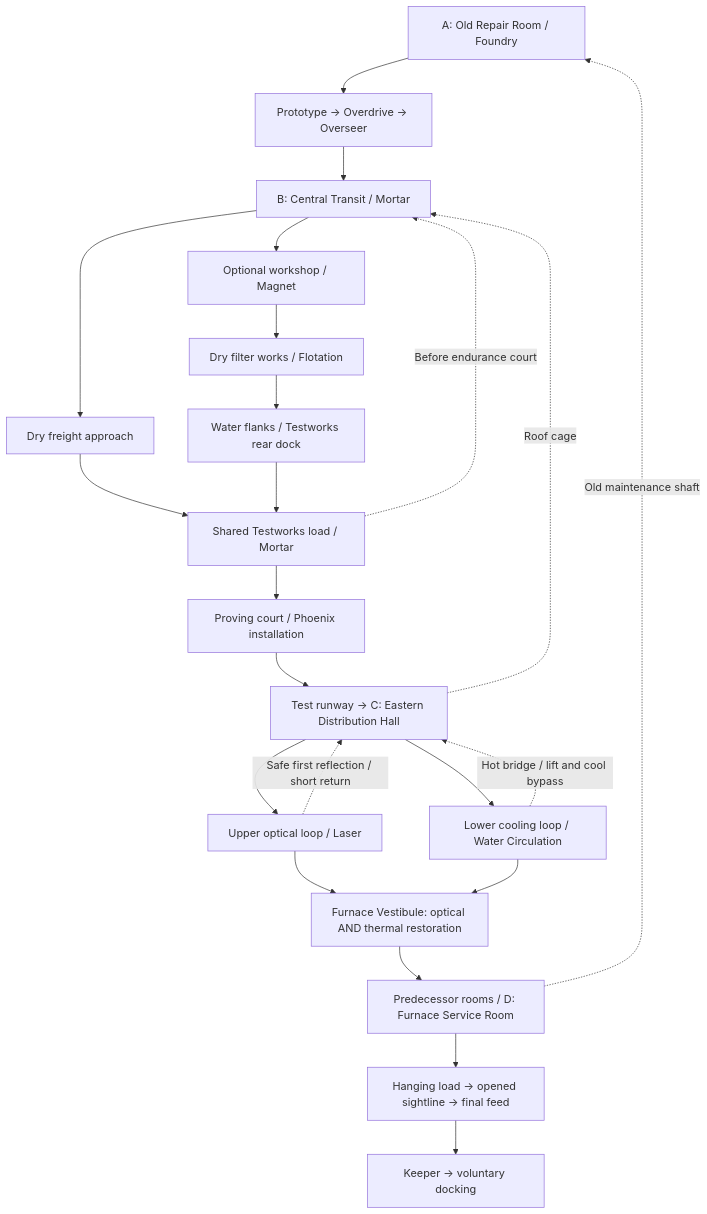
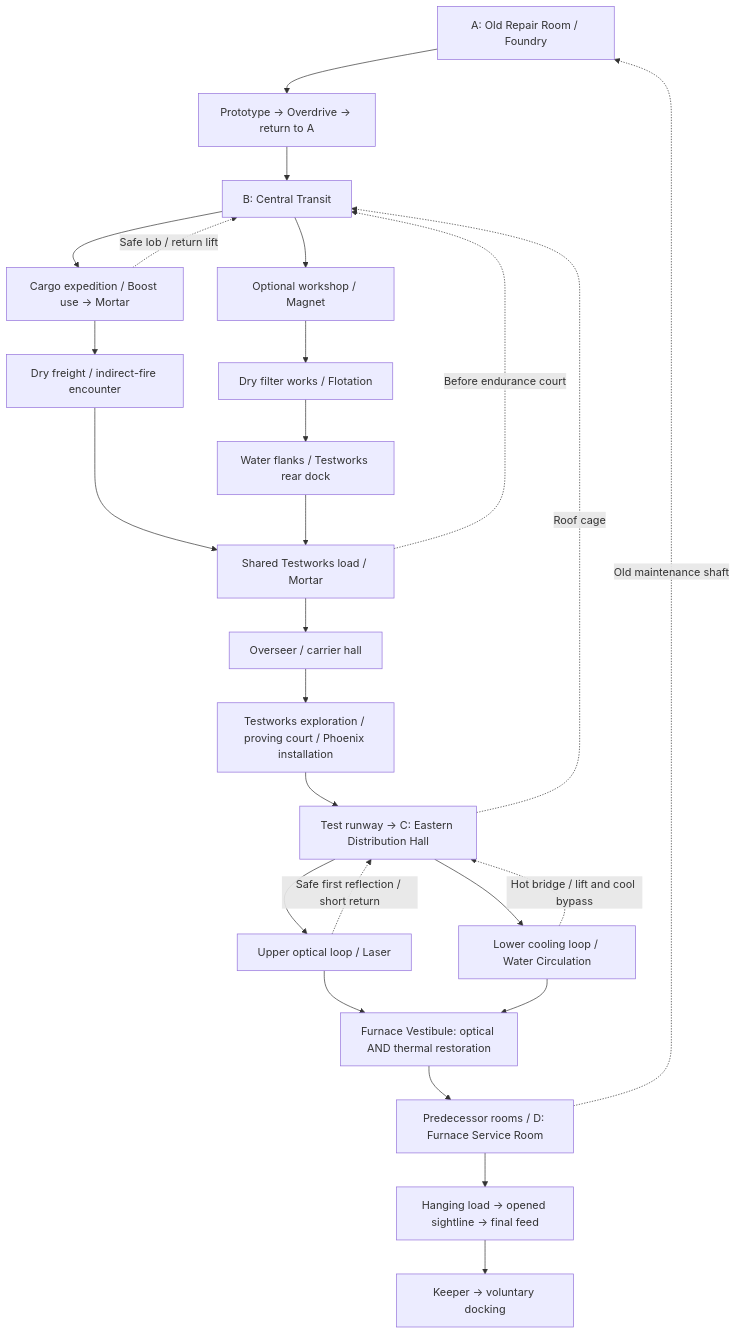
Before and after one commit to Milky2018/tankle-adventure-astra: the first of 2 diagrams in Gamespec.md, drawn with Mermaid. The commit also changed other lines of this file and 30 other files, not shown here.

````diff
--- a/Gamespec.md
+++ b/Gamespec.md
@@ -359,25 +359,28 @@
 ```mermaid
 flowchart TD
-    A["A: Old Repair Room / Foundry"] --> O["Prototype → Overdrive → Overseer"]
-    O --> B["B: Central Transit / Mortar"]
-    B --> DR["Dry freight approach"]
+    A["A: Old Repair Room / Foundry"] --> O["Prototype → Overdrive → return to A"]
+    O --> B["B: Central Transit"]
+    B --> CARGO["Cargo expedition / Boost use → Mortar"]
+    CARGO -.->|Safe lob / return lift| B
+    CARGO --> DR["Dry freight / indirect-fire encounter"]
     B --> M["Optional workshop / Magnet"]
     M --> F["Dry filter works / Flotation"]
     F --> WR["Water flanks / Testworks rear dock"]
     DR --> T["Shared Testworks load / Mortar"]
     WR --> T
     T -.->|Before endurance court| B
-    T --> P["Proving court / Phoenix installation"]
+    T --> OV["Overseer / carrier hall"]
+    OV --> P["Testworks exploration / proving court / Phoenix installation"]
     P --> C["Test runway → C: Eastern Distribution Hall"]
     C -.->|Roof cage| B
     C --> L["Upper optical loop / Laser"]
     C --> W["Lower cooling loop / Water Circulation"]
     L -.->|Safe first reflection / short return| C
     W -.->|Hot bridge / lift and cool bypass| C
     L --> V["Furnace Vestibule: optical AND thermal restoration"]
     W --> V
     V --> D["Predecessor rooms / D: Furnace Service Room"]
     D -.->|Old maintenance shaft| A
     D --> FEED["Hanging load → opened sightline → final feed"]
     FEED --> K["Keeper → voluntary docking"]
 ```
````
